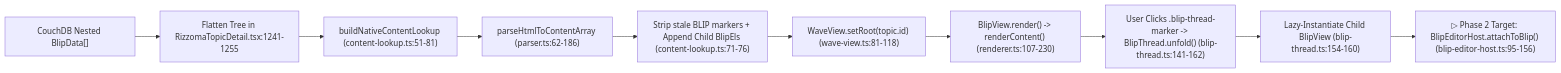
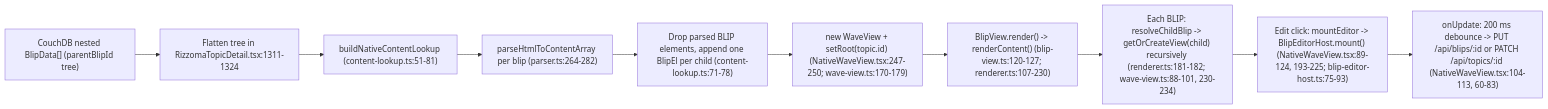
Before and after one commit to HCSS-StratBase/rizzoma: the second of 2 diagrams in wiki/subsystems/native-render-port.md, drawn with Mermaid. The commit also changed other lines of this file and 17 other files, not shown here.

````diff
--- a/wiki/subsystems/native-render-port.md
+++ b/wiki/subsystems/native-render-port.md
@@ -72,12 +75,12 @@
 ```mermaid
 graph LR
-    DB_TREE["CouchDB Nested BlipData[]"] --> FLATTEN["Flatten Tree in RizzomaTopicDetail.tsx:1241-1255"]
+    DB_TREE["CouchDB nested BlipData[] (parentBlipId tree)"] --> FLATTEN["Flatten tree in RizzomaTopicDetail.tsx:1311-1324"]
     FLATTEN --> LOOKUP["buildNativeContentLookup (content-lookup.ts:51-81)"]
-    LOOKUP --> PARSE["parseHtmlToContentArray (parser.ts:62-186)"]
-    PARSE --> SYNTH["Strip stale BLIP markers + Append Child BlipEls (content-lookup.ts:71-76)"]
-    SYNTH --> SET_ROOT["WaveView.setRoot(topic.id) (wave-view.ts:81-118)"]
-    SET_ROOT --> RENDER["BlipView.render() -> renderContent() (renderer.ts:107-230)"]
-    RENDER --> UNFOLD["User Clicks .blip-thread-marker -> BlipThread.unfold() (blip-thread.ts:141-162)"]
-    UNFOLD --> CHILD_BV["Lazy-Instantiate Child BlipView (blip-thread.ts:154-160)"]
-    CHILD_BV --> EDIT_ATTACH["▷ Phase 2 Target: BlipEditorHost.attachToBlip() (blip-editor-host.ts:95-156)"]
+    LOOKUP --> PARSE["parseHtmlToContentArray per blip (parser.ts:264-282)"]
+    PARSE --> SYNTH["Drop parsed BLIP elements, append one BlipEl per child (content-lookup.ts:71-78)"]
+    SYNTH --> SET_ROOT["new WaveView + setRoot(topic.id) (NativeWaveView.tsx:247-250; wave-view.ts:170-179)"]
+    SET_ROOT --> RENDER["BlipView.render() -> renderContent() (blip-view.ts:120-127; renderer.ts:107-230)"]
+    RENDER --> CHILDREN["Each BLIP: resolveChildBlip -> getOrCreateView(child) recursively (renderer.ts:181-182; wave-view.ts:88-101, 230-234)"]
+    CHILDREN --> EDIT["Edit click: mountEditor -> BlipEditorHost.mount() (NativeWaveView.tsx:89-124, 193-225; blip-editor-host.ts:75-93)"]
+    EDIT --> SAVE["onUpdate: 200 ms debounce -> PUT /api/blips/:id or PATCH /api/topics/:id (NativeWaveView.tsx:104-113, 60-83)"]
 ```
````
